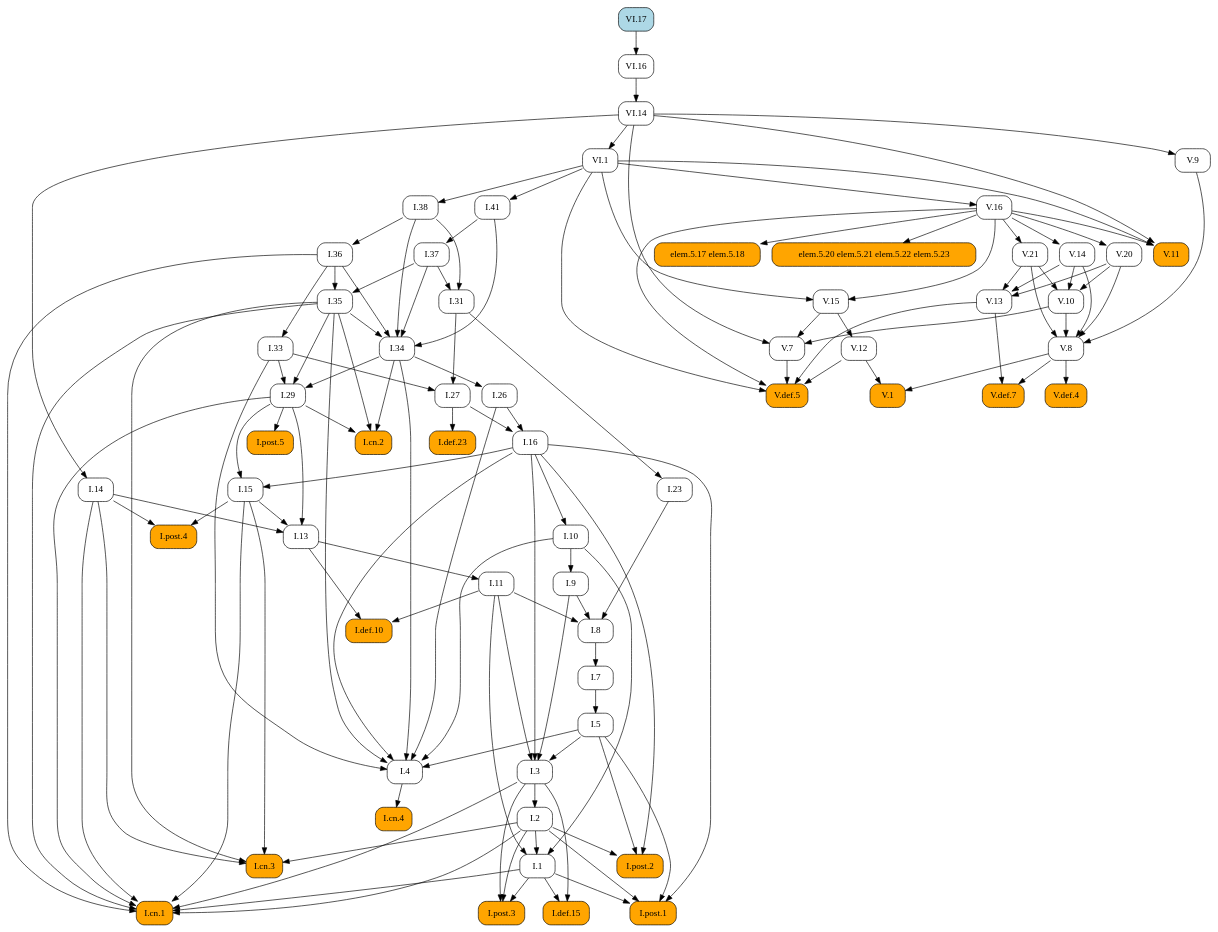
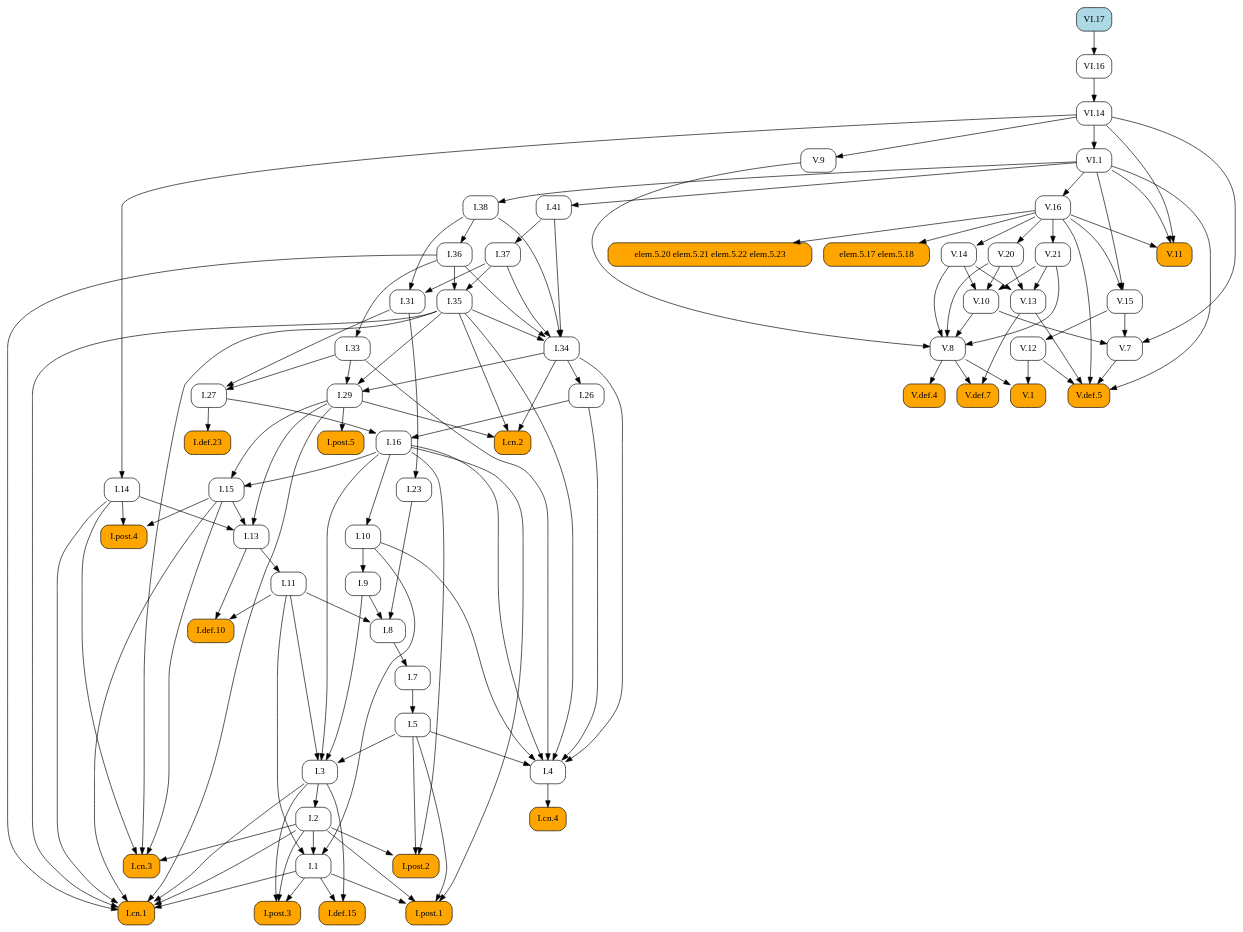
One commit to geometor/elements changed the diagram in docsrc/heath/VI/17/index.rst. Above: the diagram before and after it, drawn with Graphviz. The commit also changed other lines of this file and 1029 other files, not shown here.

```diff
--- a/docsrc/heath/VI/17/index.rst
+++ b/docsrc/heath/VI/17/index.rst
@@ -55,182 +55,106 @@
    digraph {
      rankdir="TB";
      node [shape=box, style=rounded];
-     "V.1" [style="rounded,filled", fillcolor=orange, URL="/heath/V/1/", target="_top"];
+     "I.def.10" [style="rounded,filled", fillcolor=orange, URL="/heath/I/def.10/", target="_top"];
+     "I.11" [URL="/heath/I/11/", target="_top"];
+     "I.post.4" [style="rounded,filled", fillcolor=orange, URL="/heath/I/post.4/", target="_top"];
+     "I.1" [URL="/heath/I/1/", target="_top"];
+     "I.26" [URL="/heath/I/26/", target="_top"];
+     "V.14" [URL="/heath/V/14/", target="_top"];
+     "V.def.5" [style="rounded,filled", fillcolor=orange, URL="/heath/V/def.5/", target="_top"];
+     "I.29" [URL="/heath/I/29/", target="_top"];
+     "V.12" [URL="/heath/V/12/", target="_top"];
+     "I.cn.2" [style="rounded,filled", fillcolor=orange, URL="/heath/I/cn.2/", target="_top"];
+     "V.20" [URL="/heath/V/20/", target="_top"];
+     "V.10" [URL="/heath/V/10/", target="_top"];
+     "V.11" [style="rounded,filled", fillcolor=orange, URL="/heath/V/11/", target="_top"];
+     "V.13" [URL="/heath/V/13/", target="_top"];
+     "I.def.15" [style="rounded,filled", fillcolor=orange, URL="/heath/I/def.15/", target="_top"];
+     "V.15" [URL="/heath/V/15/", target="_top"];
+     "VI.1" [URL="/heath/VI/1/", target="_top"];
+     "I.post.3" [style="rounded,filled", fillcolor=orange, URL="/heath/I/post.3/", target="_top"];
+     "I.cn.1" [style="rounded,filled", fillcolor=orange, URL="/heath/I/cn.1/", target="_top"];
      "I.cn.3" [style="rounded,filled", fillcolor=orange, URL="/heath/I/cn.3/", target="_top"];
-     "I.29" [URL="/heath/I/29/", target="_top"];
-     "I.7" [URL="/heath/I/7/", target="_top"];
+     "V.7" [URL="/heath/V/7/", target="_top"];
+     "VI.17" [style="rounded,filled", fillcolor=lightblue, URL="/heath/VI/17/", target="_top"];
+     "I.14" [URL="/heath/I/14/", target="_top"];
+     "V.9" [URL="/heath/V/9/", target="_top"];
+     "V.16" [URL="/heath/V/16/", target="_top"];
+     "I.23" [URL="/heath/I/23/", target="_top"];
+     "I.post.1" [style="rounded,filled", fillcolor=orange, URL="/heath/I/post.1/", target="_top"];
+     "I.35" [URL="/heath/I/35/", target="_top"];
+     "V.8" [URL="/heath/V/8/", target="_top"];
+     "I.41" [URL="/heath/I/41/", target="_top"];
+     "I.36" [URL="/heath/I/36/", target="_top"];
      "I.27" [URL="/heath/I/27/", target="_top"];
-     "I.38" [URL="/heath/I/38/", target="_top"];
-     "V.16" [URL="/heath/V/16/", target="_top"];
-     "V.15" [URL="/heath/V/15/", target="_top"];
      "I.37" [URL="/heath/I/37/", target="_top"];
      "I.34" [URL="/heath/I/34/", target="_top"];
-     "V.20" [URL="/heath/V/20/", target="_top"];
+     "I.3" [URL="/heath/I/3/", target="_top"];
+     "I.7" [URL="/heath/I/7/", target="_top"];
+     "I.2" [URL="/heath/I/2/", target="_top"];
+     "I.4" [URL="/heath/I/4/", target="_top"];
+     "I.def.23" [style="rounded,filled", fillcolor=orange, URL="/heath/I/def.23/", target="_top"];
+     "I.13" [URL="/heath/I/13/", target="_top"];
+     "I.33" [URL="/heath/I/33/", target="_top"];
+     "I.31" [URL="/heath/I/31/", target="_top"];
+     "I.post.2" [style="rounded,filled", fillcolor=orange, URL="/heath/I/post.2/", target="_top"];
+     "V.1" [style="rounded,filled", fillcolor=orange, URL="/heath/V/1/", target="_top"];
+     "I.16" [URL="/heath/I/16/", target="_top"];
+     "elem.5.20 elem.5.21 elem.5.22 elem.5.23" [style="rounded,filled", fillcolor=orange];
+     "elem.5.17 elem.5.18" [style="rounded,filled", fillcolor=orange];
+     "I.9" [URL="/heath/I/9/", target="_top"];
      "I.8" [URL="/heath/I/8/", target="_top"];
-     "I.def.23" [style="rounded,filled", fillcolor=orange, URL="/heath/I/def.23/", target="_top"];
-     "I.9" [URL="/heath/I/9/", target="_top"];
      "V.def.4" [style="rounded,filled", fillcolor=orange, URL="/heath/V/def.4/", target="_top"];
-     "V.21" [URL="/heath/V/21/", target="_top"];
-     "V.8" [URL="/heath/V/8/", target="_top"];
-     "I.post.4" [style="rounded,filled", fillcolor=orange, URL="/heath/I/post.4/", target="_top"];
-     "I.2" [URL="/heath/I/2/", target="_top"];
-     "V.7" [URL="/heath/V/7/", target="_top"];
-     "I.1" [URL="/heath/I/1/", target="_top"];
-     "I.def.15" [style="rounded,filled", fillcolor=orange, URL="/heath/I/def.15/", target="_top"];
-     "V.13" [URL="/heath/V/13/", target="_top"];
-     "I.post.1" [style="rounded,filled", fillcolor=orange, URL="/heath/I/post.1/", target="_top"];
-     "VI.17" [style="rounded,filled", fillcolor=lightblue, URL="/heath/VI/17/", target="_top"];
+     "VI.16" [URL="/heath/VI/16/", target="_top"];
      "VI.14" [URL="/heath/VI/14/", target="_top"];
      "I.cn.4" [style="rounded,filled", fillcolor=orange, URL="/heath/I/cn.4/", target="_top"];
-     "I.26" [URL="/heath/I/26/", target="_top"];
-     "I.33" [URL="/heath/I/33/", target="_top"];
+     "I.15" [URL="/heath/I/15/", target="_top"];
+     "I.post.5" [style="rounded,filled", fillcolor=orange, URL="/heath/I/post.5/", target="_top"];
+     "I.38" [URL="/heath/I/38/", target="_top"];
      "V.def.7" [style="rounded,filled", fillcolor=orange, URL="/heath/V/def.7/", target="_top"];
-     "elem.5.20 elem.5.21 elem.5.22 elem.5.23" [style="rounded,filled", fillcolor=orange];
-     "I.23" [URL="/heath/I/23/", target="_top"];
-     "I.13" [URL="/heath/I/13/", target="_top"];
-     "I.cn.2" [style="rounded,filled", fillcolor=orange, URL="/heath/I/cn.2/", target="_top"];
+     "I.10" [URL="/heath/I/10/", target="_top"];
      "I.5" [URL="/heath/I/5/", target="_top"];
-     "I.11" [URL="/heath/I/11/", target="_top"];
-     "V.10" [URL="/heath/V/10/", target="_top"];
-     "V.def.5" [style="rounded,filled", fillcolor=orange, URL="/heath/V/def.5/", target="_top"];
-     "I.4" [URL="/heath/I/4/", target="_top"];
-     "I.10" [URL="/heath/I/10/", target="_top"];
-     "I.3" [URL="/heath/I/3/", target="_top"];
-     "I.16" [URL="/heath/I/16/", target="_top"];
-     "VI.16" [URL="/heath/VI/16/", target="_top"];
-     "I.31" [URL="/heath/I/31/", target="_top"];
-     "I.def.10" [style="rounded,filled", fillcolor=orange, URL="/heath/I/def.10/", target="_top"];
-     "V.11" [style="rounded,filled", fillcolor=orange, URL="/heath/V/11/", target="_top"];
-     "I.post.2" [style="rounded,filled", fillcolor=orange, URL="/heath/I/post.2/", target="_top"];
-     "I.post.3" [style="rounded,filled", fillcolor=orange, URL="/heath/I/post.3/", target="_top"];
-     "VI.1" [URL="/heath/VI/1/", target="_top"];
-     "V.9" [URL="/heath/V/9/", target="_top"];
-     "I.post.5" [style="rounded,filled", fillcolor=orange, URL="/heath/I/post.5/", target="_top"];
-     "elem.5.17 elem.5.18" [style="rounded,filled", fillcolor=orange];
-     "I.14" [URL="/heath/I/14/", target="_top"];
-     "I.36" [URL="/heath/I/36/", target="_top"];
-     "V.12" [URL="/heath/V/12/", target="_top"];
-     "I.35" [URL="/heath/I/35/", target="_top"];
-     "I.15" [URL="/heath/I/15/", target="_top"];
-     "I.cn.1" [style="rounded,filled", fillcolor=orange, URL="/heath/I/cn.1/", target="_top"];
-     "I.41" [URL="/heath/I/41/", target="_top"];
-     "V.14" [URL="/heath/V/14/", target="_top"];
-     "V.8" -> "V.1";
-     "V.12" -> "V.1";
-     "I.2" -> "I.cn.3";
-     "I.14" -> "I.cn.3";
-     "I.15" -> "I.cn.3";
-     "I.35" -> "I.cn.3";
-     "I.33" -> "I.29";
-     "I.34" -> "I.29";
-     "I.35" -> "I.29";
-     "I.8" -> "I.7";
-     "I.31" -> "I.27";
-     "I.33" -> "I.27";
-     "VI.1" -> "I.38";
-     "VI.1" -> "V.16";
-     "V.16" -> "V.15";
-     "VI.1" -> "V.15";
-     "I.41" -> "I.37";
-     "I.35" -> "I.34";
-     "I.36" -> "I.34";
-     "I.37" -> "I.34";
-     "I.38" -> "I.34";
-     "I.41" -> "I.34";
-     "V.16" -> "V.20";
-     "I.9" -> "I.8";
-     "I.11" -> "I.8";
-     "I.23" -> "I.8";
-     "I.27" -> "I.def.23";
-     "I.10" -> "I.9";
-     "V.8" -> "V.def.4";
-     "V.16" -> "V.21";
-     "V.9" -> "V.8";
-     "V.10" -> "V.8";
-     "V.14" -> "V.8";
-     "V.20" -> "V.8";
-     "V.21" -> "V.8";
+     "V.21" [URL="/heath/V/21/", target="_top"];
+     "I.11" -> "I.def.10";
+     "I.13" -> "I.def.10";
+     "I.13" -> "I.11";
      "I.14" -> "I.post.4";
      "I.15" -> "I.post.4";
-     "I.3" -> "I.2";
-     "V.10" -> "V.7";
-     "V.15" -> "V.7";
-     "VI.14" -> "V.7";
      "I.2" -> "I.1";
      "I.10" -> "I.1";
      "I.11" -> "I.1";
-     "I.1" -> "I.def.15";
-     "I.3" -> "I.def.15";
-     "V.14" -> "V.13";
-     "V.20" -> "V.13";
-     "V.21" -> "V.13";
-     "I.1" -> "I.post.1";
-     "I.2" -> "I.post.1";
-     "I.5" -> "I.post.1";
-     "I.16" -> "I.post.1";
-     "VI.16" -> "VI.14";
-     "I.4" -> "I.cn.4";
      "I.34" -> "I.26";
-     "I.36" -> "I.33";
-     "V.8" -> "V.def.7";
-     "V.13" -> "V.def.7";
-     "V.16" -> "elem.5.20 elem.5.21 elem.5.22 elem.5.23";
-     "I.31" -> "I.23";
-     "I.14" -> "I.13";
-     "I.15" -> "I.13";
-     "I.29" -> "I.13";
-     "I.29" -> "I.cn.2";
-     "I.34" -> "I.cn.2";
-     "I.35" -> "I.cn.2";
-     "I.7" -> "I.5";
-     "I.13" -> "I.11";
-     "V.14" -> "V.10";
-     "V.20" -> "V.10";
-     "V.21" -> "V.10";
+     "V.16" -> "V.14";
      "V.7" -> "V.def.5";
      "V.12" -> "V.def.5";
      "V.13" -> "V.def.5";
      "V.16" -> "V.def.5";
      "VI.1" -> "V.def.5";
-     "I.5" -> "I.4";
-     "I.10" -> "I.4";
-     "I.16" -> "I.4";
-     "I.26" -> "I.4";
-     "I.33" -> "I.4";
-     "I.34" -> "I.4";
-     "I.35" -> "I.4";
-     "I.16" -> "I.10";
-     "I.5" -> "I.3";
-     "I.9" -> "I.3";
-     "I.11" -> "I.3";
-     "I.16" -> "I.3";
-     "I.26" -> "I.16";
-     "I.27" -> "I.16";
-     "VI.17" -> "VI.16";
-     "I.37" -> "I.31";
-     "I.38" -> "I.31";
-     "I.11" -> "I.def.10";
-     "I.13" -> "I.def.10";
+     "I.33" -> "I.29";
+     "I.34" -> "I.29";
+     "I.35" -> "I.29";
+     "V.15" -> "V.12";
+     "I.29" -> "I.cn.2";
+     "I.34" -> "I.cn.2";
+     "I.35" -> "I.cn.2";
+     "V.16" -> "V.20";
+     "V.14" -> "V.10";
+     "V.20" -> "V.10";
+     "V.21" -> "V.10";
      "V.16" -> "V.11";
      "VI.1" -> "V.11";
      "VI.14" -> "V.11";
-     "I.2" -> "I.post.2";
-     "I.5" -> "I.post.2";
-     "I.16" -> "I.post.2";
+     "V.14" -> "V.13";
+     "V.20" -> "V.13";
+     "V.21" -> "V.13";
+     "I.1" -> "I.def.15";
+     "I.3" -> "I.def.15";
+     "V.16" -> "V.15";
+     "VI.1" -> "V.15";
+     "VI.14" -> "VI.1";
      "I.1" -> "I.post.3";
      "I.2" -> "I.post.3";
      "I.3" -> "I.post.3";
-     "VI.14" -> "VI.1";
-     "VI.14" -> "V.9";
-     "I.29" -> "I.post.5";
-     "V.16" -> "elem.5.17 elem.5.18";
-     "VI.14" -> "I.14";
-     "I.38" -> "I.36";
-     "V.15" -> "V.12";
-     "I.36" -> "I.35";
-     "I.37" -> "I.35";
-     "I.16" -> "I.15";
-     "I.29" -> "I.15";
      "I.1" -> "I.cn.1";
      "I.2" -> "I.cn.1";
      "I.3" -> "I.cn.1";
@@ -239,6 +163,82 @@
      "I.29" -> "I.cn.1";
      "I.35" -> "I.cn.1";
      "I.36" -> "I.cn.1";
+     "I.2" -> "I.cn.3";
+     "I.14" -> "I.cn.3";
+     "I.15" -> "I.cn.3";
+     "I.35" -> "I.cn.3";
+     "V.10" -> "V.7";
+     "V.15" -> "V.7";
+     "VI.14" -> "V.7";
+     "VI.14" -> "I.14";
+     "VI.14" -> "V.9";
+     "VI.1" -> "V.16";
+     "I.31" -> "I.23";
+     "I.1" -> "I.post.1";
+     "I.2" -> "I.post.1";
+     "I.5" -> "I.post.1";
+     "I.16" -> "I.post.1";
+     "I.36" -> "I.35";
+     "I.37" -> "I.35";
+     "V.9" -> "V.8";
+     "V.10" -> "V.8";
+     "V.14" -> "V.8";
+     "V.20" -> "V.8";
+     "V.21" -> "V.8";
      "VI.1" -> "I.41";
-     "V.16" -> "V.14";
+     "I.38" -> "I.36";
+     "I.31" -> "I.27";
+     "I.33" -> "I.27";
+     "I.41" -> "I.37";
+     "I.35" -> "I.34";
+     "I.36" -> "I.34";
+     "I.37" -> "I.34";
+     "I.38" -> "I.34";
+     "I.41" -> "I.34";
+     "I.5" -> "I.3";
+     "I.9" -> "I.3";
+     "I.11" -> "I.3";
+     "I.16" -> "I.3";
+     "I.8" -> "I.7";
+     "I.3" -> "I.2";
+     "I.5" -> "I.4";
+     "I.10" -> "I.4";
+     "I.16" -> "I.4";
+     "I.26" -> "I.4";
+     "I.33" -> "I.4";
+     "I.34" -> "I.4";
+     "I.35" -> "I.4";
+     "I.27" -> "I.def.23";
+     "I.14" -> "I.13";
+     "I.15" -> "I.13";
+     "I.29" -> "I.13";
+     "I.36" -> "I.33";
+     "I.37" -> "I.31";
+     "I.38" -> "I.31";
+     "I.2" -> "I.post.2";
+     "I.5" -> "I.post.2";
+     "I.16" -> "I.post.2";
+     "V.8" -> "V.1";
+     "V.12" -> "V.1";
+     "I.26" -> "I.16";
+     "I.27" -> "I.16";
+     "V.16" -> "elem.5.20 elem.5.21 elem.5.22 elem.5.23";
+     "V.16" -> "elem.5.17 elem.5.18";
+     "I.10" -> "I.9";
+     "I.9" -> "I.8";
+     "I.11" -> "I.8";
+     "I.23" -> "I.8";
+     "V.8" -> "V.def.4";
+     "VI.17" -> "VI.16";
+     "VI.16" -> "VI.14";
+     "I.4" -> "I.cn.4";
+     "I.16" -> "I.15";
+     "I.29" -> "I.15";
+     "I.29" -> "I.post.5";
+     "VI.1" -> "I.38";
+     "V.8" -> "V.def.7";
+     "V.13" -> "V.def.7";
+     "I.16" -> "I.10";
+     "I.7" -> "I.5";
+     "V.16" -> "V.21";
    }
```
